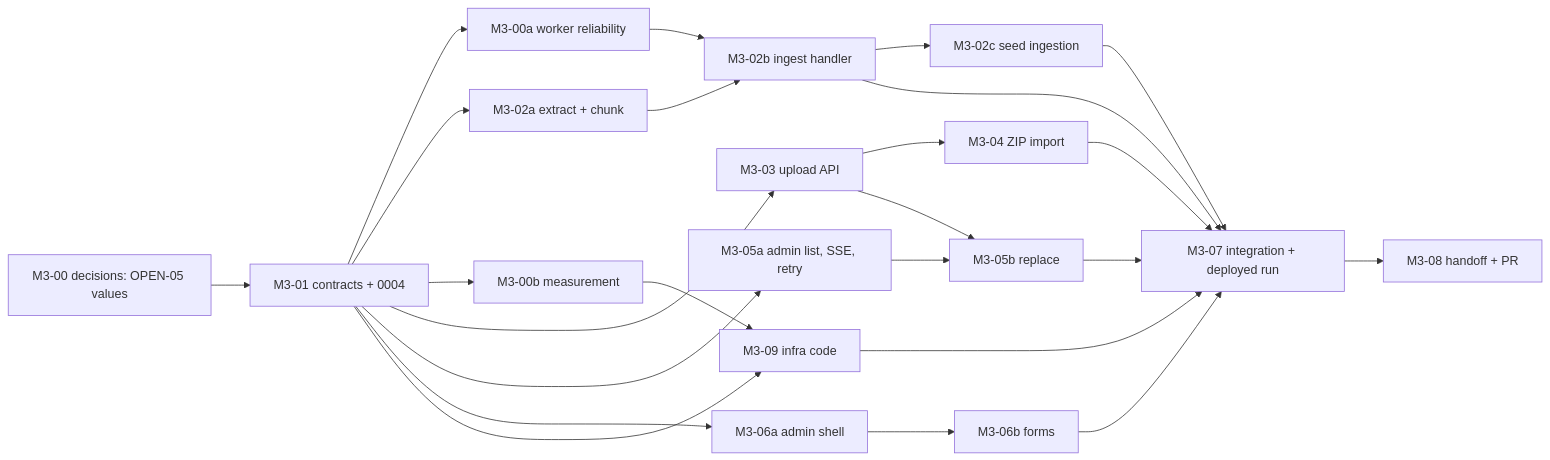
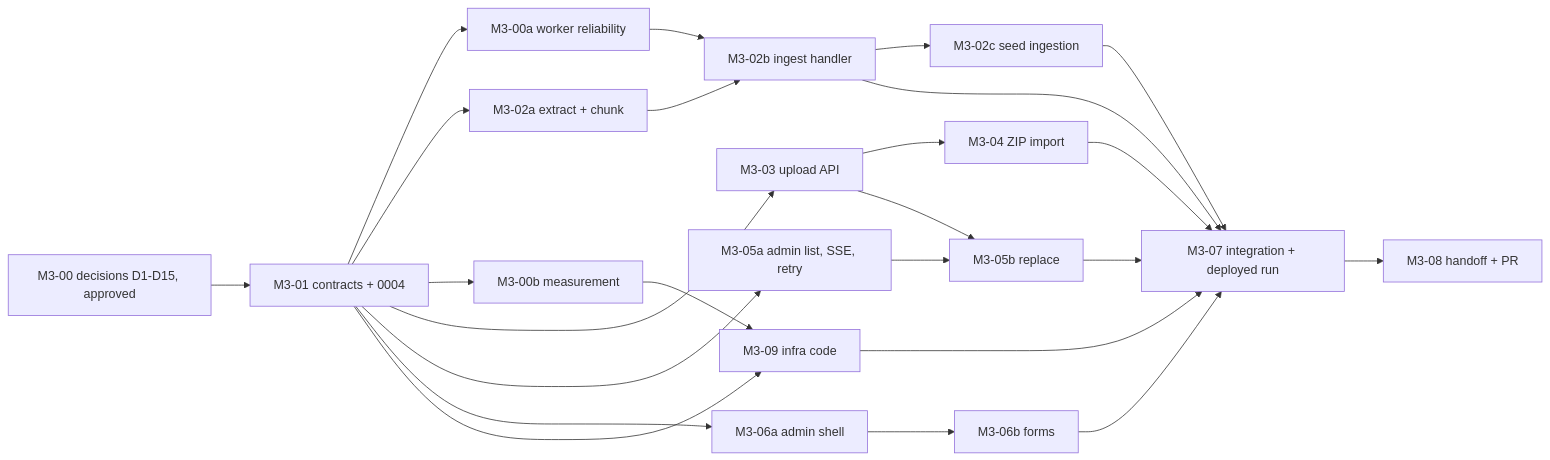
The diagram in docs/milestones/M3/plan.md (BarakTubul/KnowServe), drawn with Mermaid before and after one commit. The commit also changed other lines of this file and 43 other files, not shown here.

````diff
--- a/docs/milestones/M3/plan.md
+++ b/docs/milestones/M3/plan.md
@@ -205,26 +207,26 @@
 ```mermaid
 graph LR
-  D[M3-00 decisions: OPEN-05 values] --> T01[M3-01 contracts + 0004]
+  D[M3-00 decisions D1-D15, approved] --> T01[M3-01 contracts + 0004]
   T01 --> T00a[M3-00a worker reliability]
   T01 --> T02a[M3-02a extract + chunk]
   T01 --> T00b[M3-00b measurement]
   T01 --> T03[M3-03 upload API]
   T01 --> T05a[M3-05a admin list, SSE, retry]
   T01 --> T06a[M3-06a admin shell]
   T01 --> T09[M3-09 infra code]
   T00a --> T02b[M3-02b ingest handler]
   T02a --> T02b
   T02b --> T02c[M3-02c seed ingestion]
   T03 --> T04[M3-04 ZIP import]
   T03 --> T05b[M3-05b replace]
   T05a --> T05b
   T06a --> T06b[M3-06b forms]
   T00b --> T09
   T02b --> T07[M3-07 integration + deployed run]
   T04 --> T07
   T05b --> T07
   T06b --> T07
   T02c --> T07
   T09 --> T07
   T07 --> T08[M3-08 handoff + PR]
 ```
````
